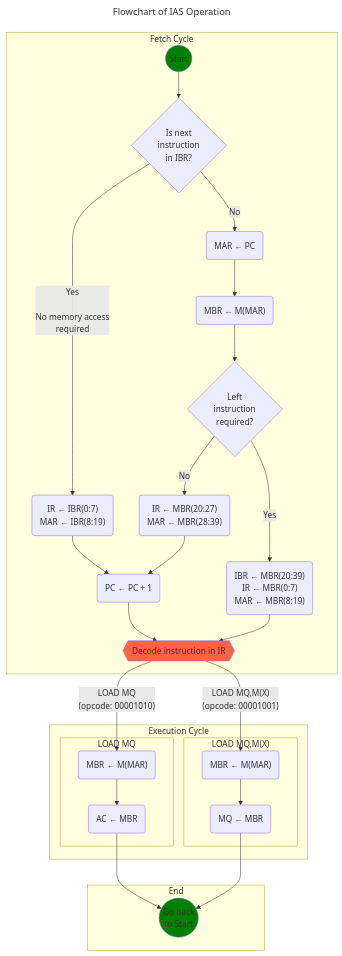
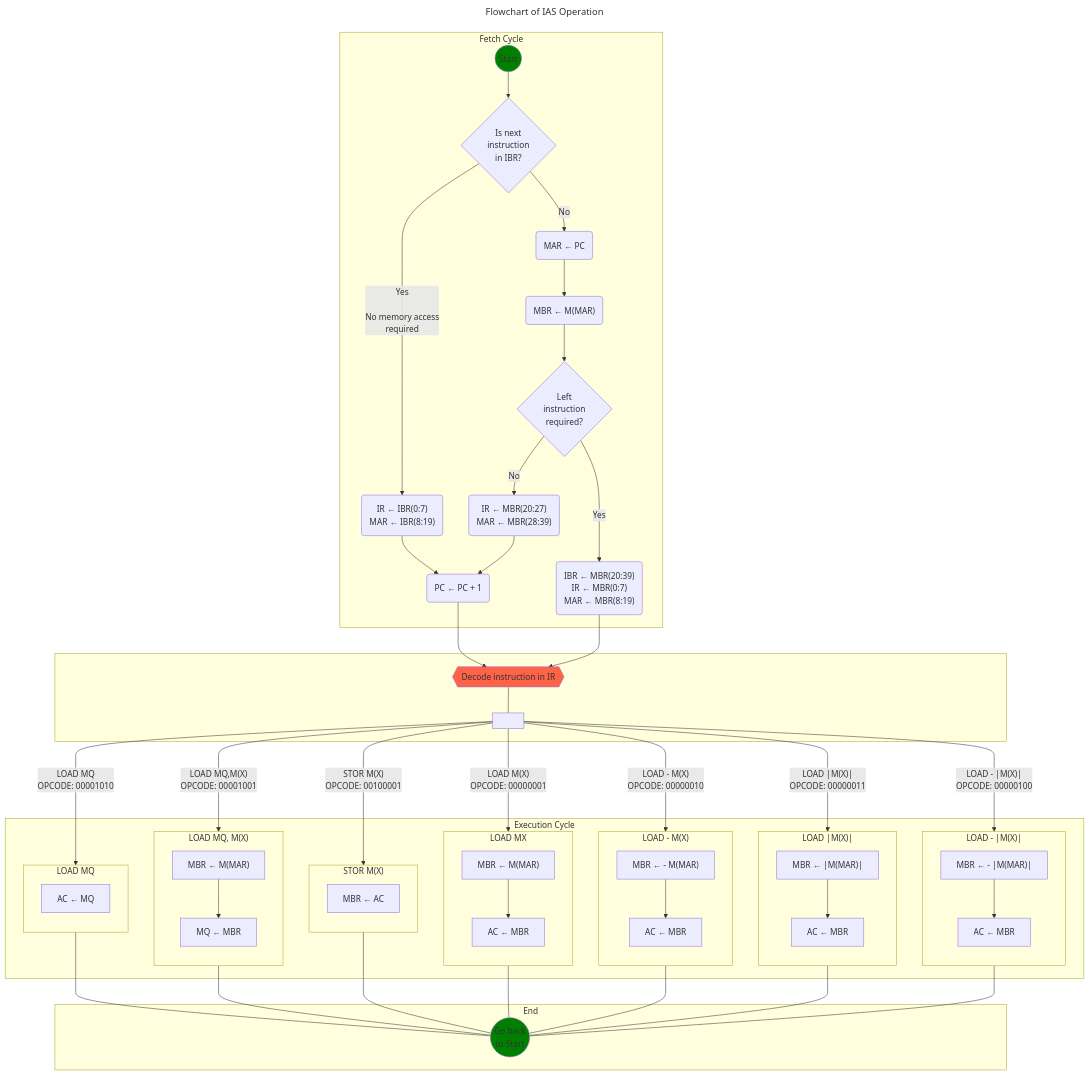
The diagram in README.md (davidalain/ias_computer), drawn with Mermaid before and after one commit.

````diff
--- a/README.md
+++ b/README.md
@@ -8,7 +8,7 @@
 ---
 title: Flowchart of IAS Operation
 ---
-flowchart TD
+flowchart TB
 
 subgraph "Fetch Cycle"
     START((Start)):::greenClass --> B{"Is next 
@@ -31,42 +31,110 @@
     IR ← MBR(0:7)
     MAR ← MBR(8:19)")
     H --> I("PC ← PC + 1")
+end
+subgraph FC[ ]
     I --> DECODE
     G --> DECODE
     DECODE{{"Decode instruction in IR"}}:::orangeClass
+    DECODE --- link[ ]
 end
+    subgraph execution_cycle [Execution Cycle]
 
-subgraph "Execution Cycle"
-    subgraph "LOAD MQ"
-        LOAD_MQ__A("MBR ← M(MAR)")
-        LOAD_MQ__B("AC ← MBR")
+        link --->|"LOAD MQ
+        OPCODE: 00001010"| loadmq_sp
 
-        DECODE --> |"LOAD MQ
-        (opcode: 00001010)"|LOAD_MQ__A
-        LOAD_MQ__A --> LOAD_MQ__B
+        subgraph loadmq_sp ["LOAD MQ"];
+        %%Transfere o valor de MQ para AC
+            loadmq01["AC ← MQ"]
+            direction TB
+        end
+
+        link --->|"LOAD MQ,M(X)
+        OPCODE: 00001001"| loadmqmx_sp
+
+        subgraph loadmqmx_sp ["LOAD MQ, M(X)"];
+        %%Transfere o valor de M(X) para MQ
+             loadmqmx01["MBR ← M(MAR)"]
+             loadmqmx02["MQ ← MBR"]
+
+             loadmqmx01 --> loadmqmx02
+             direction TB
+        end
+
+        link --->|"STOR M(X)
+        OPCODE: 00100001"| stormx_sp
+
+        subgraph stormx_sp ["STOR M(X)"];
+        %%Transfere o valor de AC para para M(X)
+             stormx01["MBR ← AC"]
+             direction TB
+        end
+
+        link --->|"LOAD M(X)
+        OPCODE: 00000001"| loadmx_sp
+
+        subgraph loadmx_sp["LOAD MX"];
+        %%Transfere o valor de M(X) para AC
+             loadmx01["MBR ← M(MAR)"]
+             loadmx02["AC ← MBR"]
+
+             loadmx01 --> loadmx02
+             direction TB
+        end
+
+        link --->|"LOAD - M(X)
+        OPCODE: 00000010"| loadminusmx_sp
+
+        subgraph loadminusmx_sp ["LOAD - M(X)"];
+        %%Transfere o valor negativo de M(X) para AC 
+             loadminusmx01["MBR ← - M(MAR)"]
+             loadminusmx02["AC ← MBR"]
+
+             loadminusmx01 --> loadminusmx02
+             direction TB
+        end
+
+        link --->|"LOAD |M(X)|
+        OPCODE: 00000011"| loadabsolutemx_sp
+
+        subgraph loadabsolutemx_sp["LOAD |M(X)|"];
+        %%Transfere o valor absoluto de M(X) para AC
+             loadabsolutemx01["MBR ← |M(MAR)|"]
+             loadabsolutemx02["AC ← MBR"]
+
+             loadabsolutemx01 --> loadabsolutemx02
+             direction TB
+        end
+
+        link --->|"LOAD - |M(X)|
+        OPCODE: 00000100"| loadminusabsolutemx_sp
+
+        subgraph loadminusabsolutemx_sp["LOAD - |M(X)|"];
+        %%Transfere o valor absoluto negativo de M(X) para AC
+             loadminusabsolutemx01["MBR ← - |M(MAR)|"]
+             loadminusabsolutemx02["AC ← MBR"]
+
+             loadminusabsolutemx01 --> loadminusabsolutemx02
+             direction TB
+        end
     end
 
-    subgraph "LOAD MQ,M(X)"
-        LOAD_MQ_MX__A("MBR ← M(MAR)")
-        LOAD_MQ_MX__B("MQ ← MBR")
 
-        DECODE --> |"LOAD MQ,M(X)
-        (opcode: 00001001)"|LOAD_MQ_MX__A
-        LOAD_MQ_MX__A --> LOAD_MQ_MX__B
-    end
-end
-
-subgraph "End"
+    subgraph "End"
     END(("Go back
     to Start")):::greenClass
 
-    LOAD_MQ__B --> END
-    LOAD_MQ_MX__B --> END
+    loadmq_sp --- END
+    loadmqmx_sp --- END
+    stormx_sp --- END
+    loadmx_sp--- END
+    loadminusmx_sp --- END
+    loadabsolutemx_sp --- END
+    loadminusabsolutemx_sp --- END
 end
 
 classDef greenClass fill:#008000
 classDef orangeClass fill:#FF6347
 
 
-
 ```
````
